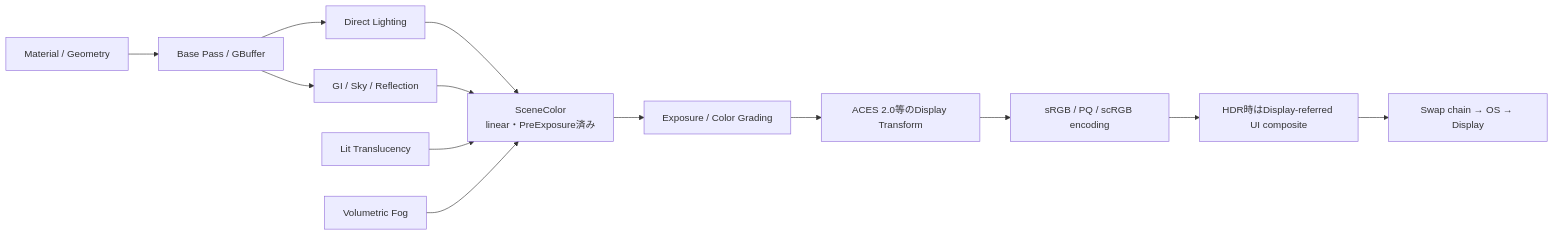
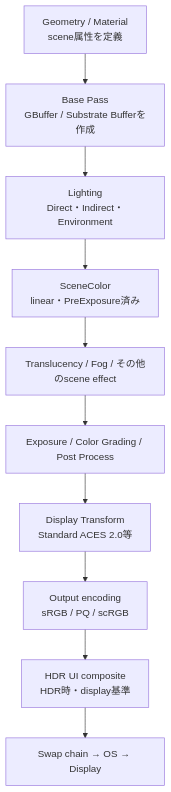
The first of 4 diagrams in UE_lighting/00_UE5.8ライティング仕様_Index.md (tomosud/Odyssey), drawn with Mermaid before and after one commit. The commit also changed other lines of this file and 5 other files, not shown here.

````diff
--- a/UE_lighting/00_UE5.8ライティング仕様_Index.md
+++ b/UE_lighting/00_UE5.8ライティング仕様_Index.md
@@ -27,15 +32,15 @@
 ```mermaid
-flowchart LR
-    MAT[Material / Geometry] --> BP[Base Pass / GBuffer]
-    BP --> DIRECT[Direct Lighting]
-    BP --> INDIRECT[GI / Sky / Reflection]
-    DIRECT --> SC[SceneColor<br/>linear・PreExposure済み]
-    INDIRECT --> SC
-    TRANS[Lit Translucency] --> SC
-    FOG[Volumetric Fog] --> SC
-    SC --> EXP[Exposure / Color Grading]
-    EXP --> OT[ACES 2.0等のDisplay Transform]
-    OT --> ENC[sRGB / PQ / scRGB encoding]
-    ENC --> UI[HDR時はDisplay-referred UI composite]
-    UI --> DISPLAY[Swap chain → OS → Display]
+flowchart TD
+    A["Geometry / Material<br/>scene属性を定義"]
+    B["Base Pass<br/>GBuffer / Substrate Bufferを作成"]
+    C["Lighting<br/>Direct・Indirect・Environment"]
+    D["SceneColor<br/>linear・PreExposure済み"]
+    E["Translucency / Fog / その他のscene effect"]
+    F["Exposure / Color Grading / Post Process"]
+    G["Display Transform<br/>Standard ACES 2.0等"]
+    H["Output encoding<br/>sRGB / PQ / scRGB"]
+    I["HDR UI composite<br/>HDR時・display基準"]
+    J["Swap chain → OS → Display"]
+
+    A --> B --> C --> D --> E --> F --> G --> H --> I --> J
 ```
````
